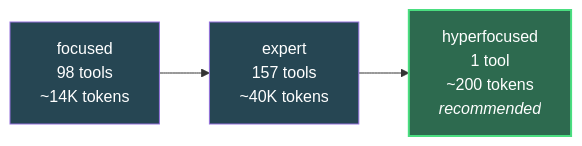
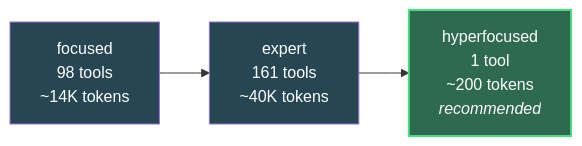
Before and after one commit to SkvallKu/vibing-steampunk: the third of 3 diagrams in README.md, drawn with Mermaid. The commit also changed other lines of this file and 24 other files, not shown here.

````diff
--- a/README.md
+++ b/README.md
@@ -2172,8 +2172,8 @@
 ```mermaid
 graph LR
-    F["focused<br/>98 tools<br/>~14K tokens"] --> E["expert<br/>157 tools<br/>~40K tokens"]
+    F["focused<br/>98 tools<br/>~14K tokens"] --> E["expert<br/>161 tools<br/>~40K tokens"]
     E --> H["hyperfocused<br/>1 tool<br/>~200 tokens<br/><i>recommended</i>"]
     style H fill:#2d6a4f,color:#fff,stroke:#4ade80,stroke-width:2px
     style F fill:#264653,color:#fff
     style E fill:#264653,color:#fff
 ```
````
